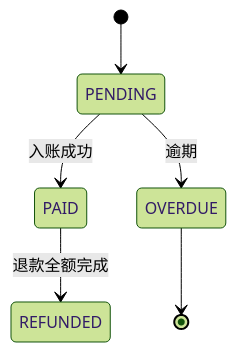
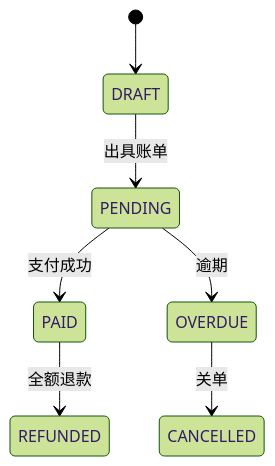
The third of 11 diagrams in rose-backend/rose-service/rose-billing-service/docs/billing-domain-model.md (rosestack/rose-playground), drawn with Mermaid (forest theme) before and after one commit. The commit also changed other lines of this file and 33 other files, not shown here.

````diff
--- a/rose-backend/rose-service/rose-billing-service/docs/billing-domain-model.md
+++ b/rose-backend/rose-service/rose-billing-service/docs/billing-domain-model.md
@@ -160,8 +127,9 @@
 ```mermaid
 stateDiagram-v2
-  [*] --> PENDING
-  PENDING --> PAID: 入账成功
+  [*] --> DRAFT
+  DRAFT --> PENDING: 出具账单
+  PENDING --> PAID: 支付成功
   PENDING --> OVERDUE: 逾期
-  PAID --> REFUNDED: 退款全额完成
-  OVERDUE --> [*]
+  PAID --> REFUNDED: 全额退款
+  OVERDUE --> CANCELLED: 关单
 ```
````
